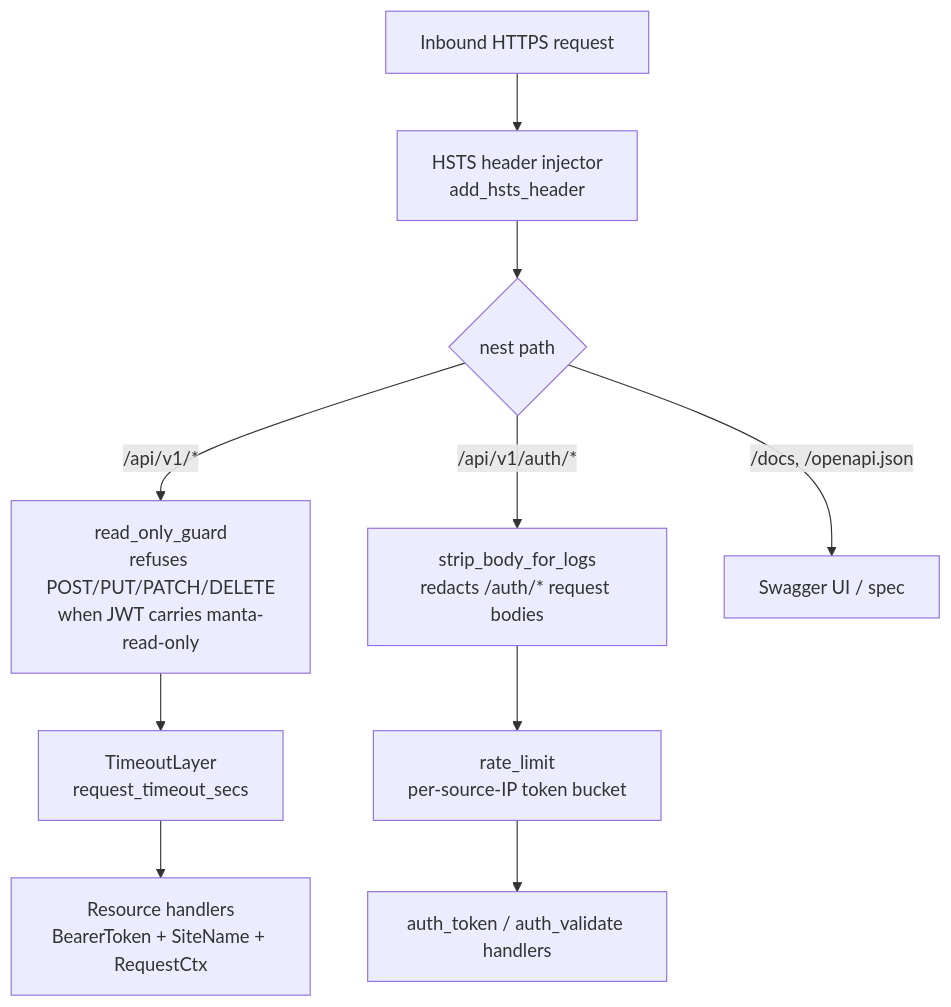
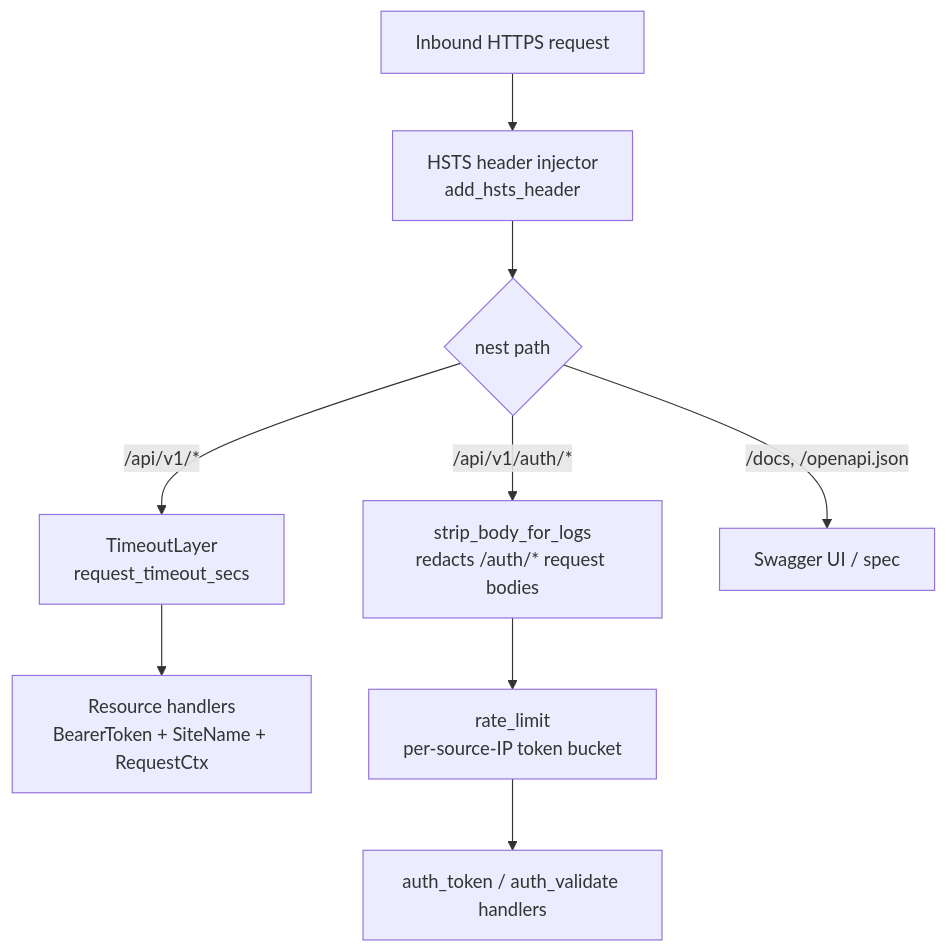
Before and after one commit to eth-cscs/manta: the third of 3 diagrams in ARCHITECTURE.md, drawn with Mermaid. The commit also changed other lines of this file and 1 other file, not shown here.

First line of the commit message:
docs: remove server-side read-only gate from ARCHITECTURE + GUIDE

````diff
--- a/ARCHITECTURE.md
+++ b/ARCHITECTURE.md
@@ -321,15 +320,14 @@
 ```mermaid
 flowchart TD
     Req[Inbound HTTPS request] --> HSTS[HSTS header injector<br/>add_hsts_header]
     HSTS --> Split{nest path}
 
-    Split -->|/api/v1/*| ROG[read_only_guard<br/>refuses POST/PUT/PATCH/DELETE<br/>when JWT carries manta-read-only]
-    ROG --> Tmo[TimeoutLayer<br/>request_timeout_secs]
+    Split -->|/api/v1/*| Tmo[TimeoutLayer<br/>request_timeout_secs]
     Tmo --> Hdlr[Resource handlers<br/>BearerToken + SiteName + RequestCtx]
 
     Split -->|/api/v1/auth/*| StripBody[strip_body_for_logs<br/>redacts /auth/* request bodies]
     StripBody --> RL[rate_limit<br/>per-source-IP token bucket]
     RL --> AuthH[auth_token / auth_validate handlers]
 
     Split -->|/docs, /openapi.json| Swagger[Swagger UI / spec]
 ```
````
